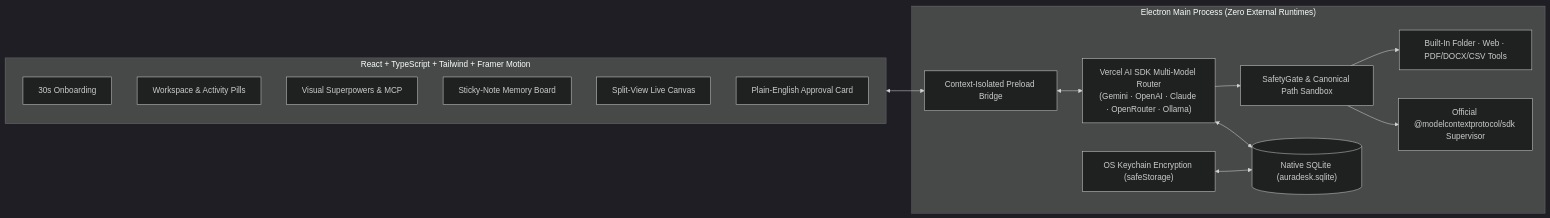
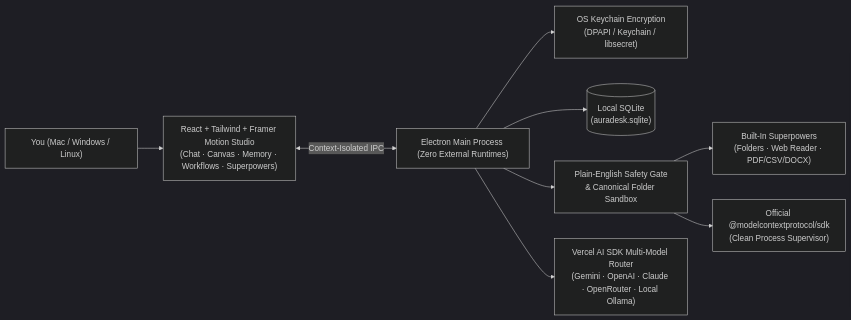
Before and after one commit to syedabdulkareempersonal-sketch/nexus-harness: the diagram in README.md, drawn with Mermaid (dark theme). The commit also changed other lines of this file and 10 other files, not shown here.

Commit message:
feat: launch AuraDesk v1.0.0 zero-friction AI desktop workspace

````diff
--- a/README.md
+++ b/README.md
@@ -63,29 +61,11 @@
 ```mermaid
 flowchart LR
-    subgraph UI["React + TypeScript + Tailwind + Framer Motion"]
-        Wizard["30s Onboarding"]
-        Chat["Workspace & Activity Pills"]
-        Store["Visual Superpowers & MCP"]
-        Memory["Sticky-Note Memory Board"]
-        Canvas["Split-View Live Canvas"]
-        Safety["Plain-English Approval Card"]
-    end
-
-    subgraph Core["Electron Main Process (Zero External Runtimes)"]
-        IPC["Context-Isolated Preload Bridge"]
-        Router["Vercel AI SDK Multi-Model Router\n(Gemini · OpenAI · Claude · OpenRouter · Ollama)"]
-        Gate["SafetyGate & Canonical Path Sandbox"]
-        Tools["Built-In Folder · Web · PDF/DOCX/CSV Tools"]
-        MCP["Official @modelcontextprotocol/sdk Supervisor"]
-        Vault["OS Keychain Encryption (safeStorage)"]
-        DB[("Native SQLite (auradesk.sqlite)")]
-    end
-
-    UI <--> IPC
-    IPC <--> Router
-    Router --> Gate
-    Gate --> Tools
-    Gate --> MCP
-    Router <--> DB
-    Vault <--> DB
+    User["You (Mac / Windows / Linux)"] --> UI["React + Tailwind + Framer Motion Studio\n(Chat · Canvas · Memory · Workflows · Superpowers)"]
+    UI <-->|"Context-Isolated IPC"| Core["Electron Main Process (Zero External Runtimes)"]
+    Core --> Vault["OS Keychain Encryption\n(DPAPI / Keychain / libsecret)"]
+    Core --> DB[("Local SQLite\n(auradesk.sqlite)")]
+    Core --> Guard["Plain-English Safety Gate\n& Canonical Folder Sandbox"]
+    Guard --> BuiltIn["Built-In Superpowers\n(Folders · Web Reader · PDF/CSV/DOCX)"]
+    Guard --> MCP["Official @modelcontextprotocol/sdk\n(Clean Process Supervisor)"]
+    Core --> AI["Vercel AI SDK Multi-Model Router\n(Gemini · OpenAI · Claude · OpenRouter · Local Ollama)"]
 ```
````
